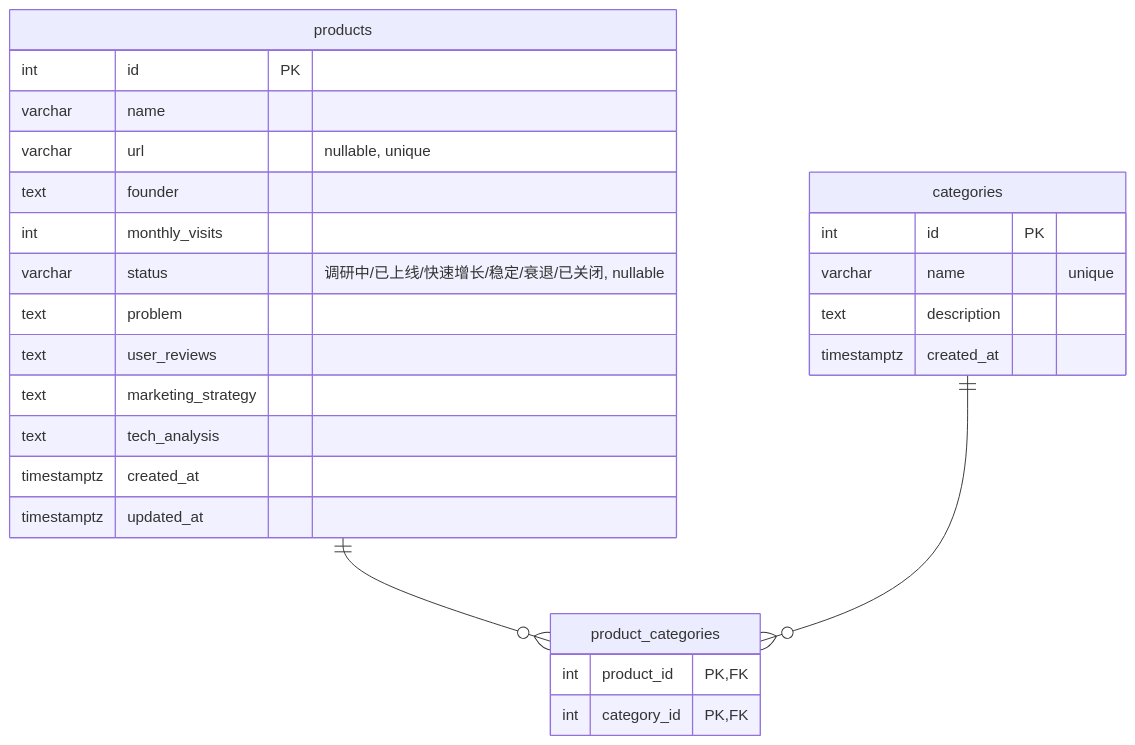
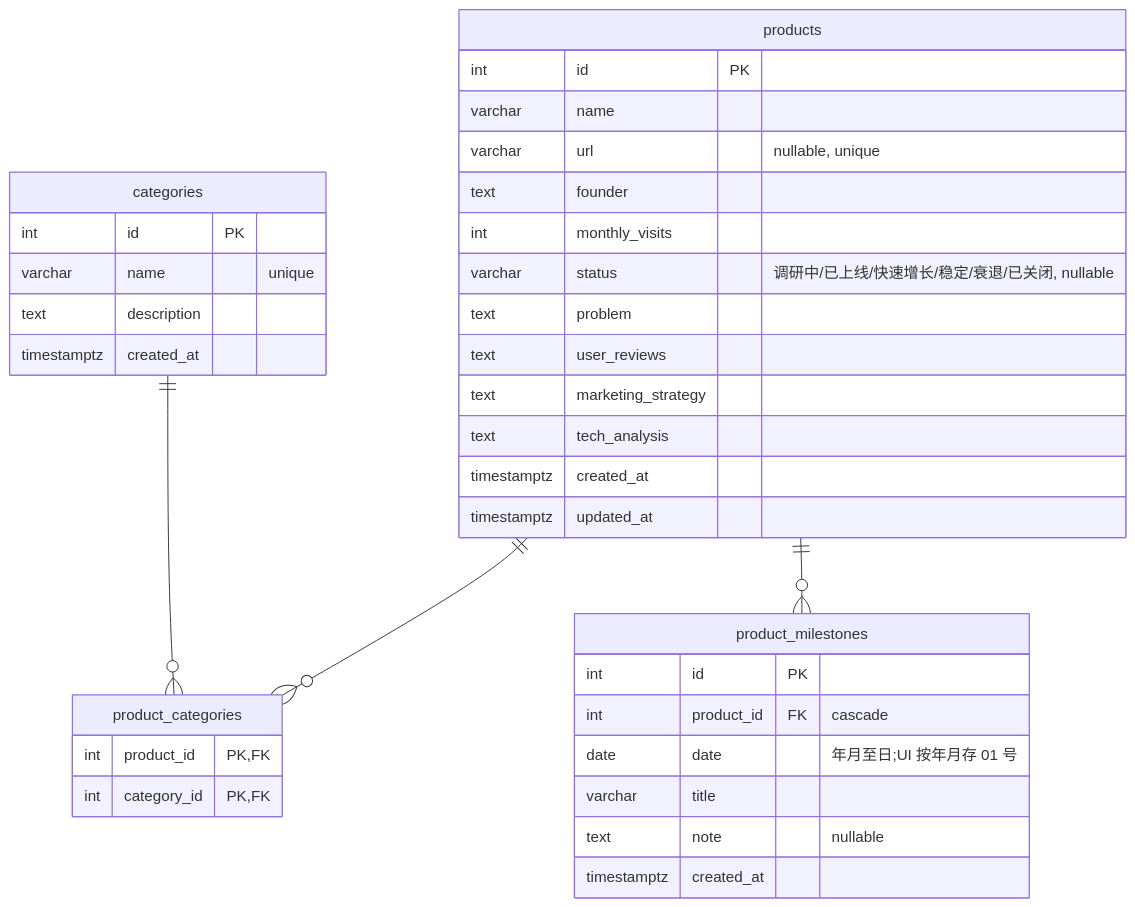
The diagram in doc/架构.md (notrick-no/producthub), drawn with Mermaid before and after one commit. The commit also changed other lines of this file and 11 other files, not shown here.

First line of the commit message:
feat: 产品发展历程 Timeline(product_milestones 子表)

````diff
--- a/doc/架构.md
+++ b/doc/架构.md
@@ -70,29 +72,38 @@
 ```mermaid
 erDiagram
   products ||--o{ product_categories : ""
+  products ||--o{ product_milestones : ""
   categories ||--o{ product_categories : ""
   products {
     int id PK
     varchar name
     varchar url "nullable, unique"
     text founder
     int monthly_visits
     varchar status "调研中/已上线/快速增长/稳定/衰退/已关闭, nullable"
     text problem
     text user_reviews
     text marketing_strategy
     text tech_analysis
     timestamptz created_at
     timestamptz updated_at
   }
   categories {
     int id PK
     varchar name "unique"
     text description
     timestamptz created_at
   }
   product_categories {
     int product_id PK,FK
     int category_id PK,FK
   }
+  product_milestones {
+    int id PK
+    int product_id FK "cascade"
+    date date "年月至日;UI 按年月存 01 号"
+    varchar title
+    text note "nullable"
+    timestamptz created_at
+  }
 ```
````
